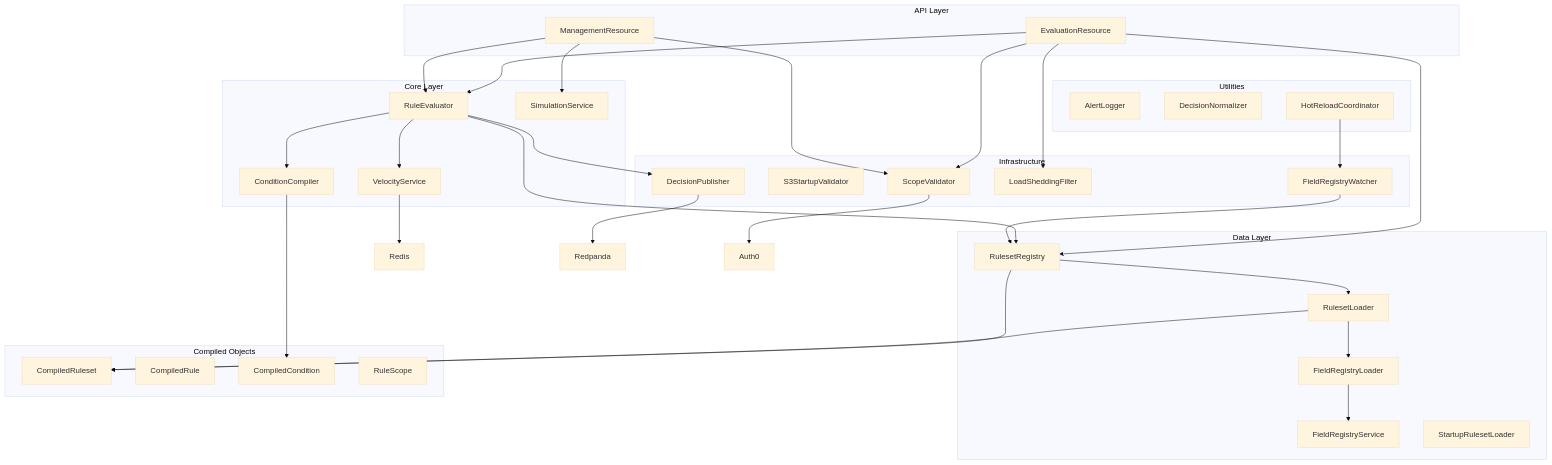
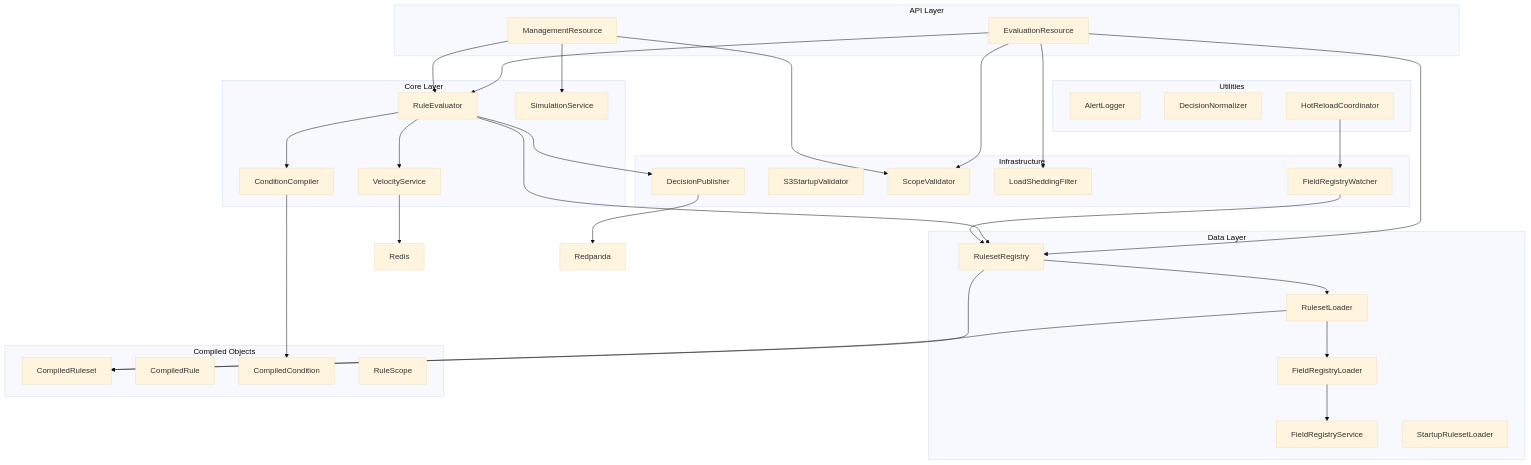
The third of 7 diagrams in docs/02-development/architecture.md (fraud-platform/card-fraud-rule-engine), drawn with Mermaid (base theme) before and after one commit. The commit also changed other lines of this file and 132 other files, not shown here.

````diff
--- a/docs/02-development/architecture.md
+++ b/docs/02-development/architecture.md
@@ -95,72 +93,71 @@
 ```mermaid
 graph TB
     subgraph "API Layer"
         EvalResource[EvaluationResource]
         MgmtResource[ManagementResource]
     end
 
     subgraph "Core Layer"
         RuleEvaluator[RuleEvaluator]
         ConditionCompiler[ConditionCompiler]
         VelocityService[VelocityService]
         SimulationService[SimulationService]
     end
 
     subgraph "Data Layer"
         RulesetRegistry[RulesetRegistry]
         RulesetLoader[RulesetLoader]
         FieldRegistryService[FieldRegistryService]
         FieldRegistryLoader[FieldRegistryLoader]
         StartupRulesetLoader[StartupRulesetLoader]
     end
 
     subgraph "Compiled Objects"
         CompiledRuleset[CompiledRuleset]
         CompiledRule[CompiledRule]
         CompiledCondition[CompiledCondition]
         RuleScope[RuleScope]
     end
 
     subgraph "Infrastructure"
         DecisionPublisher[DecisionPublisher]
         S3StartupValidator[S3StartupValidator]
         ScopeValidator[ScopeValidator]
         LoadSheddingFilter[LoadSheddingFilter]
         FieldRegistryWatcher[FieldRegistryWatcher]
     end
 
     subgraph "Utilities"
         AlertLogger[AlertLogger]
         DecisionNormalizer[DecisionNormalizer]
         HotReloadCoordinator[HotReloadCoordinator]
     end
 
     EvalResource --> RuleEvaluator
     EvalResource --> RulesetRegistry
     EvalResource --> ScopeValidator
     EvalResource --> LoadSheddingFilter
 
     MgmtResource --> SimulationService
     MgmtResource --> RuleEvaluator
     MgmtResource --> ScopeValidator
 
     RuleEvaluator --> RulesetRegistry
     RuleEvaluator --> VelocityService
     RuleEvaluator --> DecisionPublisher
     RuleEvaluator --> ConditionCompiler
 
     ConditionCompiler --> CompiledCondition
     RulesetRegistry --> CompiledRuleset
     RulesetLoader --> CompiledRuleset
 
     RulesetRegistry --> RulesetLoader
     RulesetLoader --> FieldRegistryLoader
     FieldRegistryLoader --> FieldRegistryService
 
     VelocityService --> Redis
     DecisionPublisher --> Redpanda
-    ScopeValidator --> Auth0
 
     HotReloadCoordinator --> FieldRegistryWatcher
     FieldRegistryWatcher --> RulesetRegistry
 ```
````
